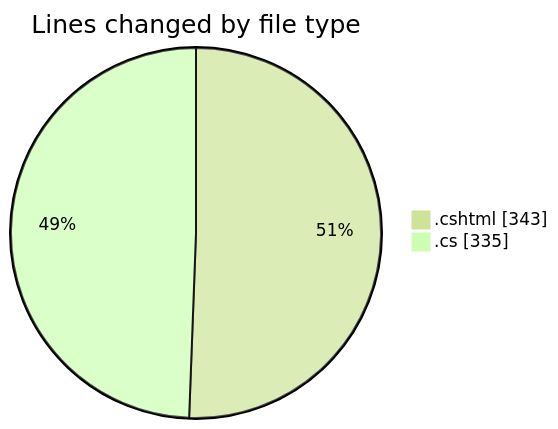
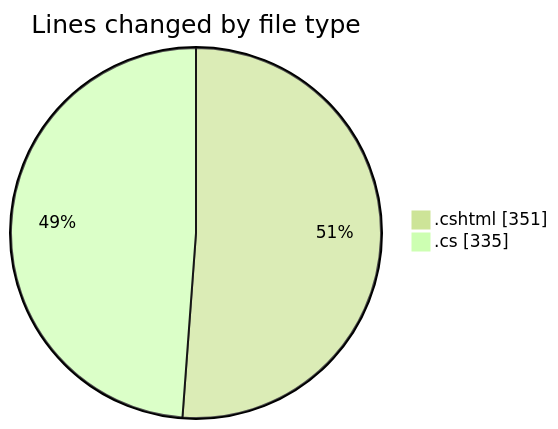
The first of 2 diagrams in 2025-07-17/nhahang/README.md (lephambinh05/code-tracking), drawn with Mermaid (forest theme) before and after one commit. The commit also changed other lines of this file and 1 other file, not shown here.

````diff
--- a/2025-07-17/nhahang/README.md
+++ b/2025-07-17/nhahang/README.md
@@ -31,6 +31,6 @@
 ```mermaid
 pie showData
 title Lines changed by file type
-".cshtml" : 343
+".cshtml" : 351
 ".cs" : 335
 ```
````
